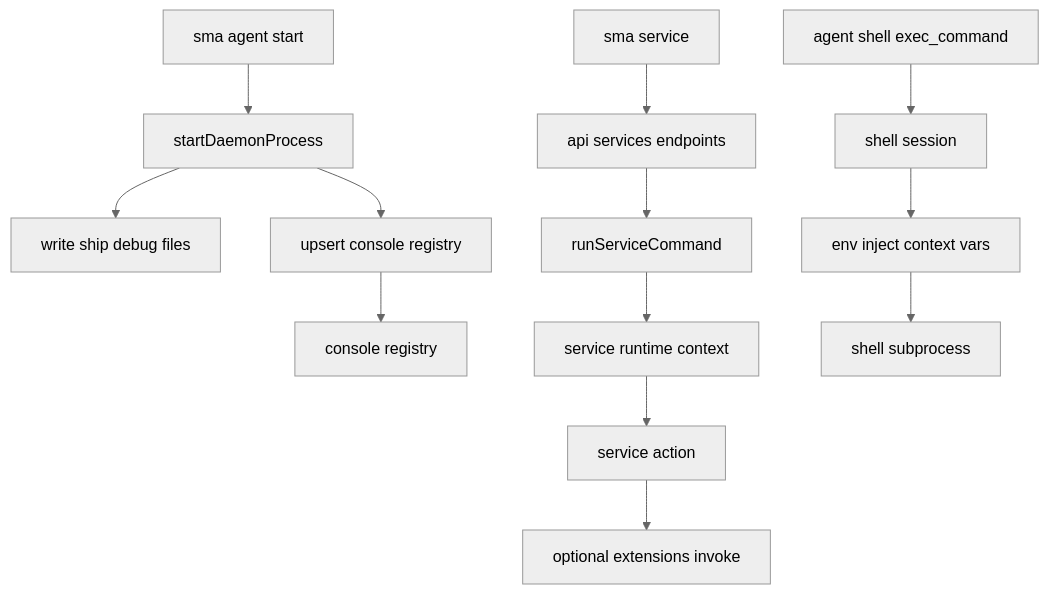
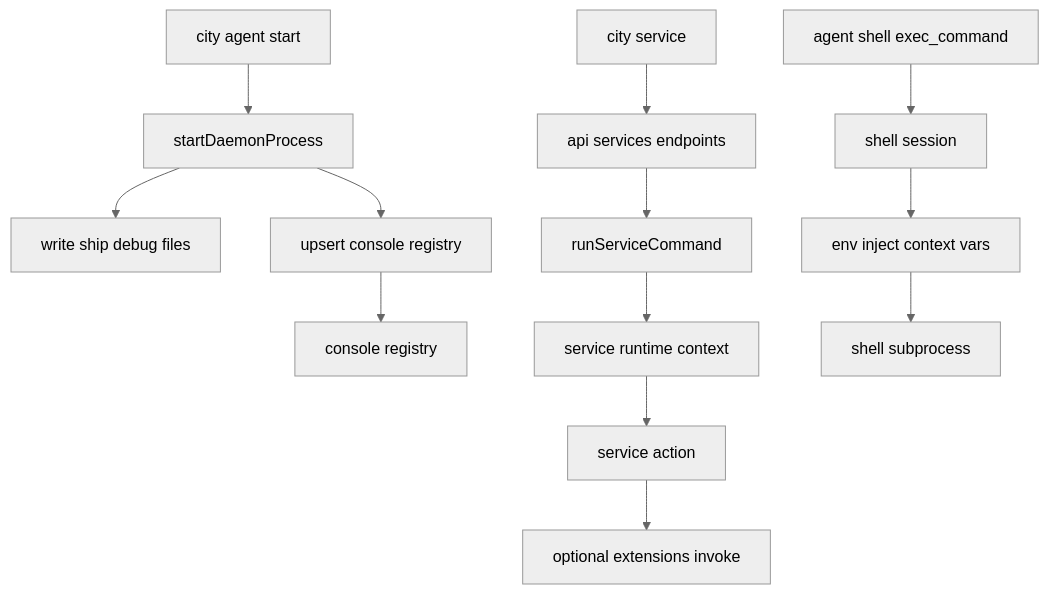
Before and after one commit to wangenius/downcity: the diagram in homepage/content/docs/en/concepts/runtime-registration-service-shell-flow.mdx, drawn with Mermaid (neutral theme). The commit also changed other lines of this file and 293 other files, not shown here.

````diff
--- a/homepage/content/docs/en/concepts/runtime-registration-service-shell-flow.mdx
+++ b/homepage/content/docs/en/concepts/runtime-registration-service-shell-flow.mdx
@@ -117,17 +117,17 @@
 ```mermaid
 flowchart TD
-  A[sma agent start] --> B[startDaemonProcess]
+  A[city agent start] --> B[startDaemonProcess]
   B --> C[write ship debug files]
   B --> D[upsert console registry]
   D --> E[console registry]
 
-  F[sma service] --> G[api services endpoints]
+  F[city service] --> G[api services endpoints]
   G --> H[runServiceCommand]
   H --> I[service runtime context]
   I --> J[service action]
   J --> K[optional extensions invoke]
 
   L[agent shell exec_command] --> M[shell session]
   M --> N[env inject context vars]
   N --> O[shell subprocess]
 ```
````
